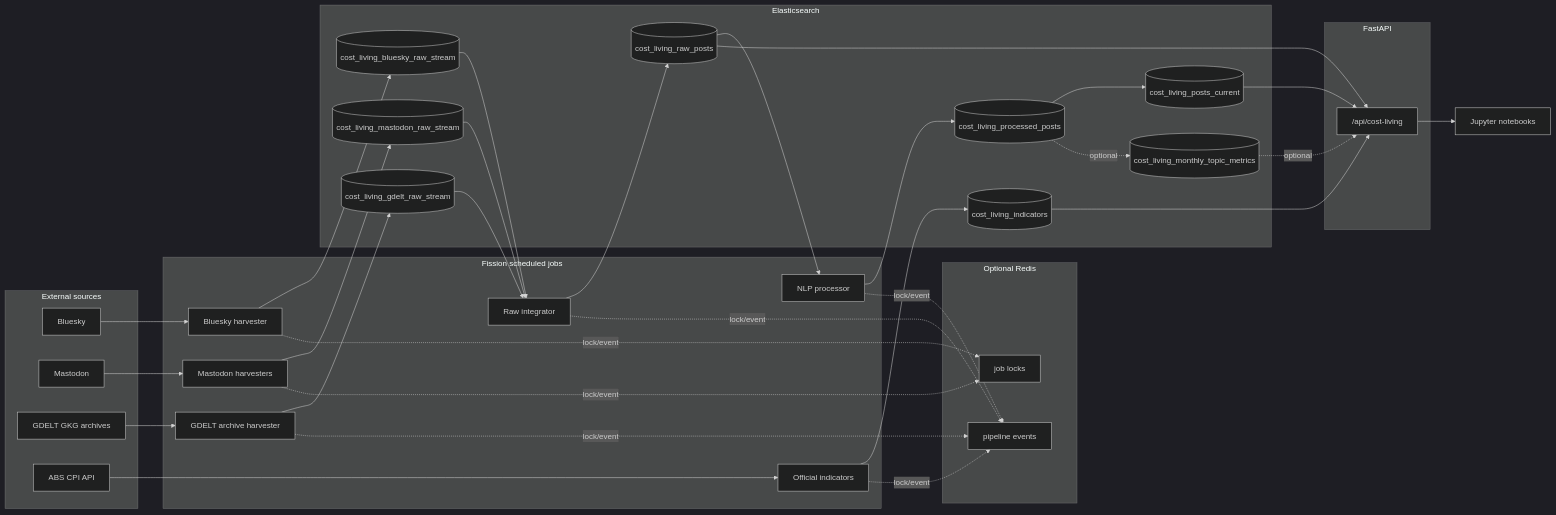
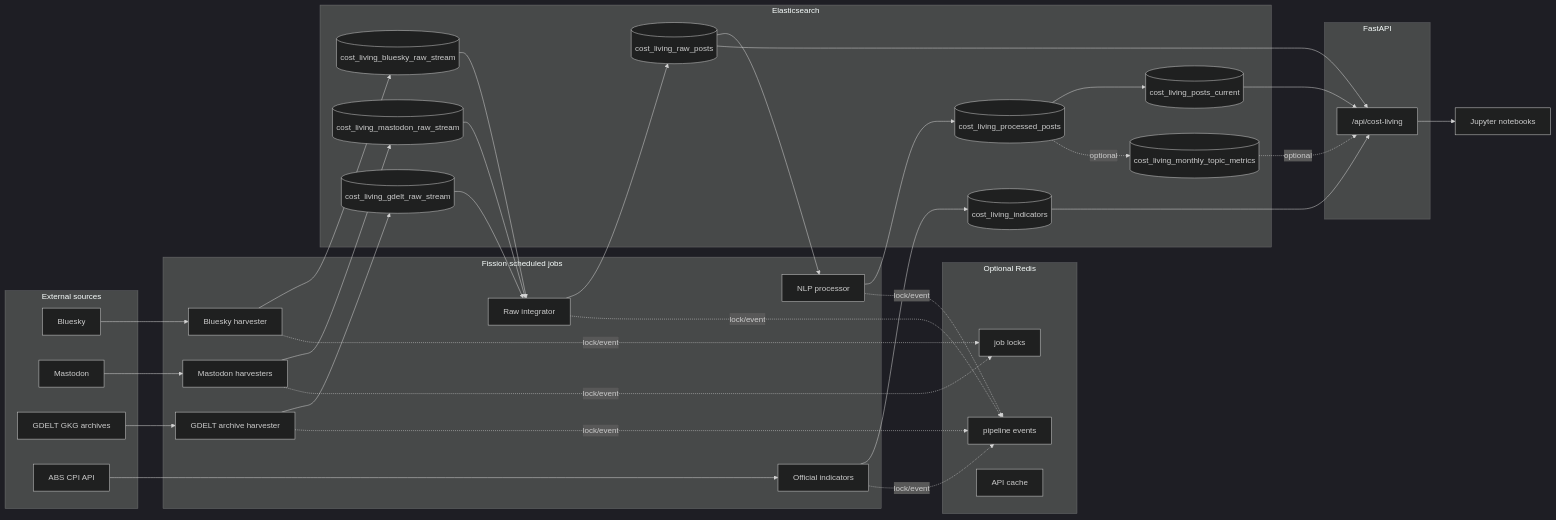
Before and after one commit to BlackMirean/cost-living-data-platform: the diagram in docs/en/architecture.md, drawn with Mermaid (dark theme). The commit also changed other lines of this file and 28 other files, not shown here.

Commit message:
Prune compatibility paths and add Redis API cache

````diff
--- a/docs/en/architecture.md
+++ b/docs/en/architecture.md
@@ -13,58 +13,59 @@
 ```mermaid
 flowchart LR
     subgraph Sources["External sources"]
         BS["Bluesky"]
         MA["Mastodon"]
         GD["GDELT GKG archives"]
         ABS["ABS CPI API"]
     end
 
     subgraph Jobs["Fission scheduled jobs"]
         HBS["Bluesky harvester"]
         HMA["Mastodon harvesters"]
         HGD["GDELT archive harvester"]
         RAWINT["Raw integrator"]
         NLP["NLP processor"]
         CPI["Official indicators"]
     end
 
     subgraph Redis["Optional Redis"]
         LOCKS["job locks"]
         EVENTS["pipeline events"]
+        CACHE["API cache"]
     end
 
     subgraph ES["Elasticsearch"]
         BSR[("cost_living_bluesky_raw_stream")]
         MAR[("cost_living_mastodon_raw_stream")]
         GDR[("cost_living_gdelt_raw_stream")]
         RAW[("cost_living_raw_posts")]
         PROC[("cost_living_processed_posts")]
         ALIAS[("cost_living_posts_current")]
         IND[("cost_living_indicators")]
         ROLLUP[("cost_living_monthly_topic_metrics")]
     end
 
     subgraph API["FastAPI"]
         ROUTES["/api/cost-living"]
     end
 
     NB["Jupyter notebooks"]
 
     BS --> HBS --> BSR --> RAWINT
     MA --> HMA --> MAR --> RAWINT
     GD --> HGD --> GDR --> RAWINT
     RAWINT --> RAW --> NLP --> PROC --> ALIAS
     ABS --> CPI --> IND
     HBS -. lock/event .-> LOCKS
     HMA -. lock/event .-> LOCKS
     HGD -. lock/event .-> EVENTS
     RAWINT -. lock/event .-> EVENTS
     NLP -. lock/event .-> EVENTS
     CPI -. lock/event .-> EVENTS
     PROC -. optional .-> ROLLUP
     RAW --> ROUTES
     ALIAS --> ROUTES
     IND --> ROUTES
     ROLLUP -. optional .-> ROUTES
     ROUTES --> NB
 ```
````
